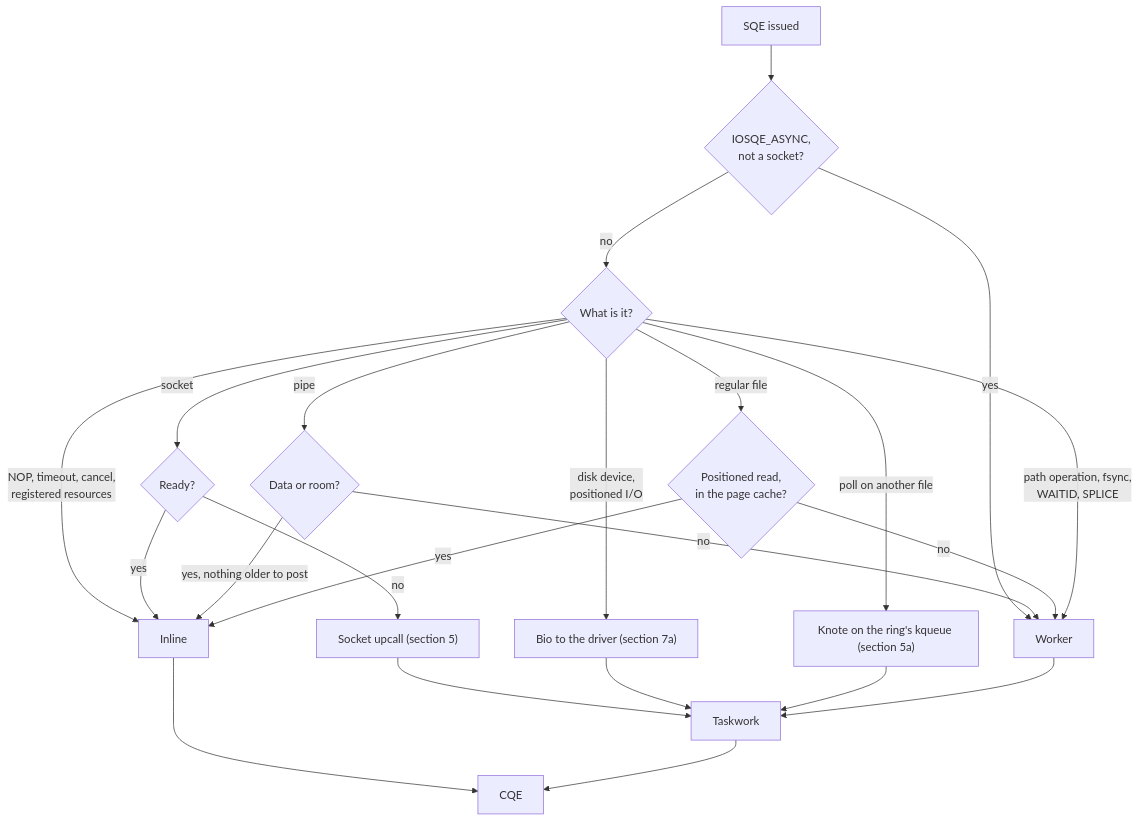
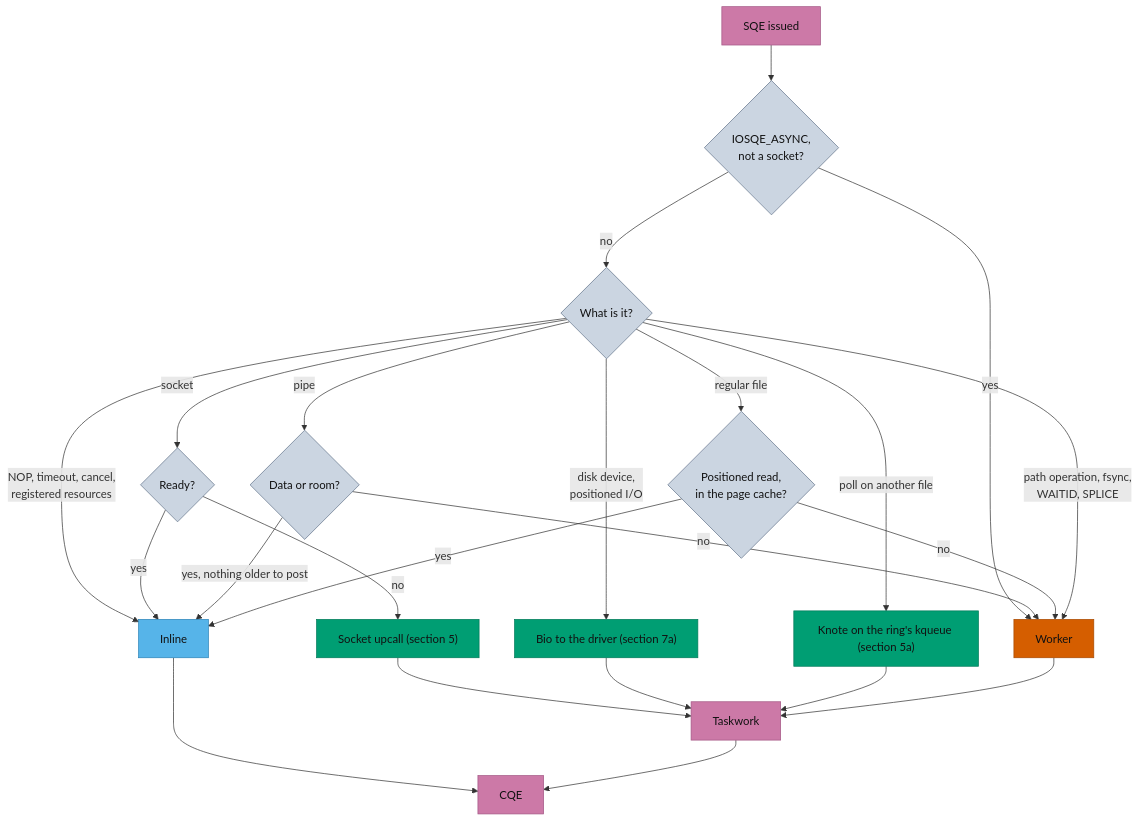
Before and after one commit to grepjava/kqring: the sixth of 15 diagrams in ARCHITECTURE.MD, drawn with Mermaid. The commit also changed other lines of this file and 1 other file, not shown here.

First line of the commit message:
Docs: color the diagrams by role

````diff
--- a/ARCHITECTURE.MD
+++ b/ARCHITECTURE.MD
@@ -258,25 +307,36 @@
 ```mermaid
 flowchart TD
     S["SQE issued"] --> A{"IOSQE_ASYNC,<br/>not a socket?"}
     A -- "yes" --> W["Worker"]
     A -- "no" --> K{"What is it?"}
     K -- "NOP, timeout, cancel,<br/>registered resources" --> I["Inline"]
     K -- "socket" --> SK{"Ready?"}
     SK -- "yes" --> I
     SK -- "no" --> U["Socket upcall (section 5)"]
     K -- "pipe" --> P{"Data or room?"}
     P -- "yes, nothing older to post" --> I
     P -- "no" --> W
     K -- "disk device,<br/>positioned I/O" --> B["Bio to the driver (section 7a)"]
     K -- "regular file" --> F{"Positioned read,<br/>in the page cache?"}
     F -- "yes" --> I
     F -- "no" --> W
     K -- "poll on another file" --> Q["Knote on the ring's kqueue (section 5a)"]
     K -- "path operation, fsync,<br/>WAITID, SPLICE" --> W
     I --> C["CQE"]
     U --> T["Taskwork"]
     B --> T
     Q --> T
     W --> T
     T --> C
+
+    classDef core fill:#56b4e9,stroke:#2b83b8,color:#111111
+    classDef ops fill:#009e73,stroke:#007a59,color:#111111
+    classDef worker fill:#d55e00,stroke:#a84a00,color:#111111
+    classDef queue fill:#cc79a7,stroke:#a35684,color:#111111
+    classDef plain fill:#cbd5e1,stroke:#64748b,color:#111111
+    class S,T,C queue
+    class A,K,SK,P,F plain
+    class I core
+    class U,B,Q ops
+    class W worker
 ```
````
